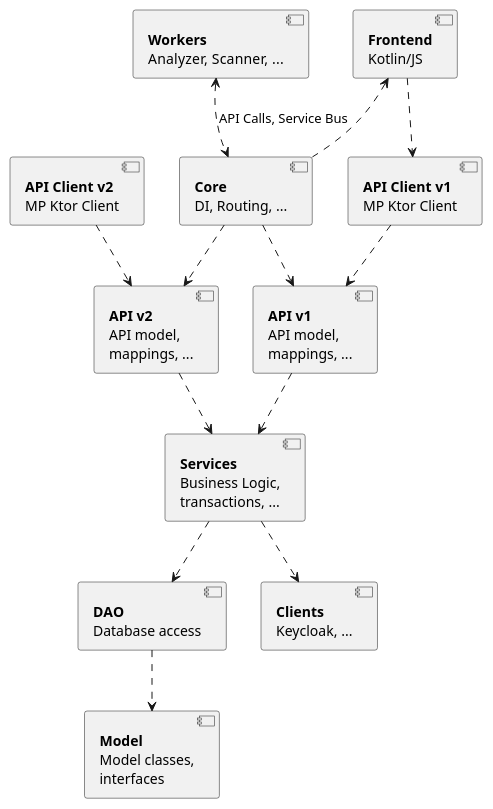
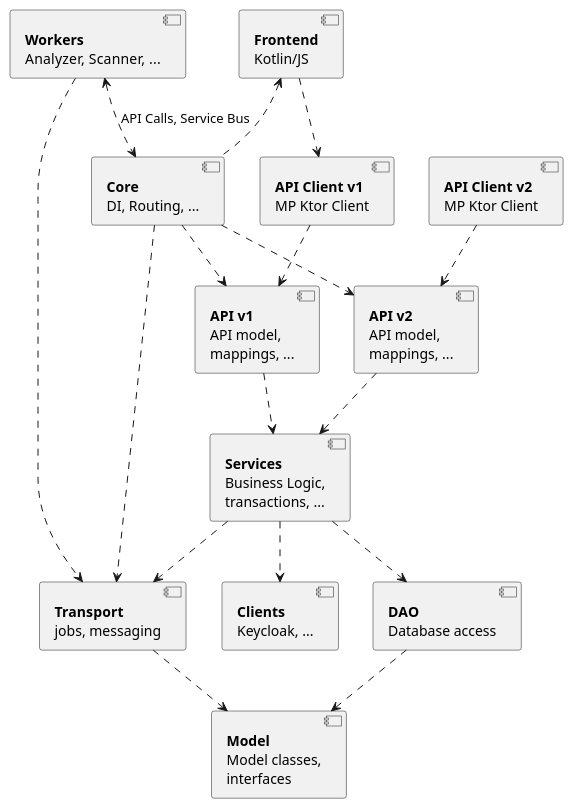
One commit to eclipse-apoapsis/ort-server changed the diagram in docs/architecture/gradle_modules.puml. Above: the diagram before and after it, drawn with PlantUML. The commit also changed 1 other file, not shown here.

Commit message:
Doc: Update the modules documentation for the transport modules
Add a section for this new module and its purpose in the overall
architecture.

```diff
--- a/docs/architecture/gradle_modules.puml
+++ b/docs/architecture/gradle_modules.puml
@@ -1,75 +1,84 @@
 @startuml
 
 component Core [
 <b>Core</b>
 DI, Routing, ...
 ]
 
 component Frontend [
 <b>Frontend</b>
 Kotlin/JS
 ]
 
 component ApiV1 [
 <b>API v1</b>
 API model,
 mappings, ...
 ]
 
 component ApiClientV1 [
 <b>API Client v1</b>
 MP Ktor Client
 ]
 
 component ApiV2 [
 <b>API v2</b>
 API model,
 mappings, ...
 ]
 
 component ApiClientV2 [
 <b>API Client v2</b>
 MP Ktor Client
 ]
 
 component Services [
 <b>Services</b>
 Business Logic,
 transactions, ...
 ]
 
 component Dao [
 <b>DAO</b>
 Database access
 ]
 
 component Model [
 <b>Model</b>
 Model classes,
 interfaces
 ]
 
 component Clients [
 <b>Clients</b>
 Keycloak, ...
 ]
 
 component Workers [
 <b>Workers</b>
 Analyzer, Scanner, ...
 ]
 
+component Transport [
+<b>Transport</b>
+jobs, messaging
+]
+
 Workers <..> Core : API Calls, Service Bus
 Frontend <.. Core
 Core ..> ApiV1
 Core ..> ApiV2
 Frontend ..> ApiClientV1
 ApiClientV1 ..> ApiV1
 ApiClientV2 ..> ApiV2
 ApiV1 ..> Services
 ApiV2 ..> Services
 Services ..> Dao
 Services ..> Clients
 Dao ..> Model
+Core ..> Transport
+Workers ..> Transport
+Services ..> Transport
+Transport..>Model
 
 @enduml
```
